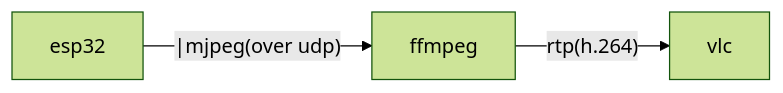
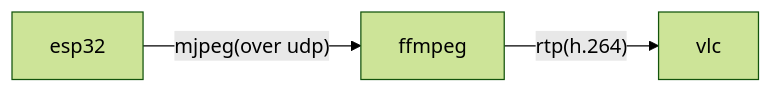
Before and after one commit to DBinK/espressif-demo: the diagram in ffmpeg/udp/readme.md, drawn with Mermaid (forest theme).

Commit message:
修改兼容gitee mermaid语法

````diff
--- a/ffmpeg/udp/readme.md
+++ b/ffmpeg/udp/readme.md
@@ -2,8 +2,8 @@
 ```mermaid
 graph LR
 esp32[esp32]
 ffmpeg[ffmpeg]
 vlc[vlc]
-esp32 --|mjpeg(over udp)--> ffmpeg 
+esp32 --mjpeg(over udp)--> ffmpeg 
 ffmpeg--rtp(h.264)--> vlc
 ```
````
